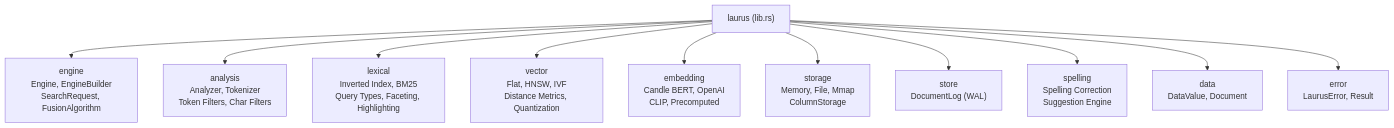
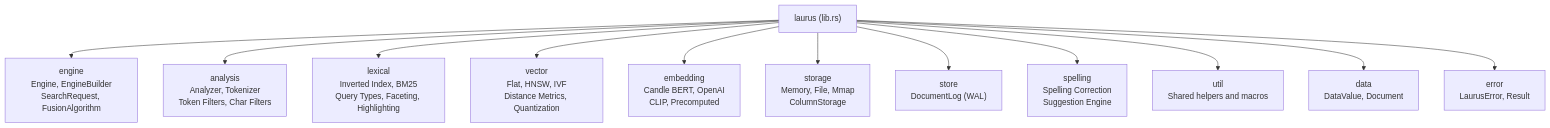
Before and after one commit to mosuka/sarissa: the diagram in docs/src/laurus.md, drawn with Mermaid. The commit also changed 28 other files, not shown here.

````diff
--- a/docs/src/laurus.md
+++ b/docs/src/laurus.md
@@ -7,15 +7,16 @@
 ```mermaid
 graph TB
     LIB["laurus (lib.rs)"]
 
     LIB --> engine["engine\nEngine, EngineBuilder\nSearchRequest, FusionAlgorithm"]
     LIB --> analysis["analysis\nAnalyzer, Tokenizer\nToken Filters, Char Filters"]
     LIB --> lexical["lexical\nInverted Index, BM25\nQuery Types, Faceting, Highlighting"]
     LIB --> vector["vector\nFlat, HNSW, IVF\nDistance Metrics, Quantization"]
     LIB --> embedding["embedding\nCandle BERT, OpenAI\nCLIP, Precomputed"]
     LIB --> storage["storage\nMemory, File, Mmap\nColumnStorage"]
     LIB --> store["store\nDocumentLog (WAL)"]
     LIB --> spelling["spelling\nSpelling Correction\nSuggestion Engine"]
+    LIB --> util["util\nShared helpers and macros"]
     LIB --> data["data\nDataValue, Document"]
     LIB --> error["error\nLaurusError, Result"]
 ```
````
